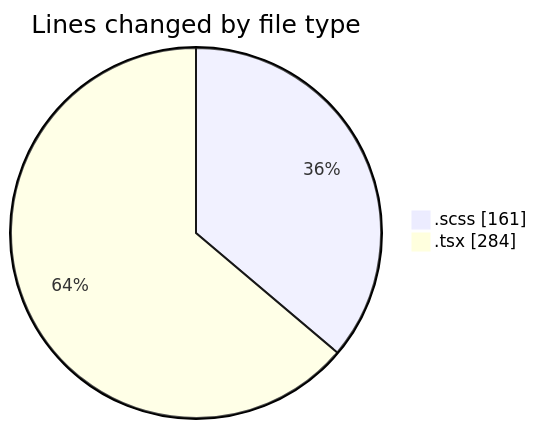
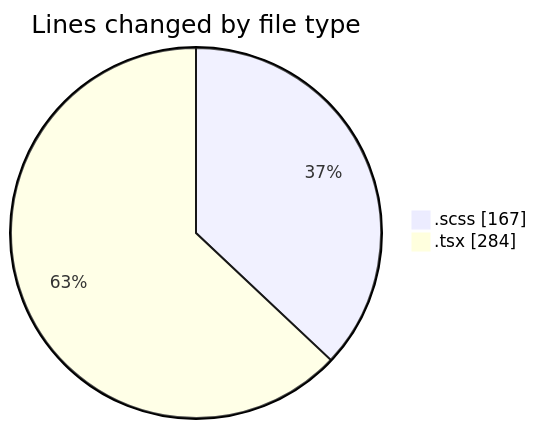
Before and after one commit to momahboobian/code-tracking: the first of 2 diagrams in 2025-07-10/cda/README.md, drawn with Mermaid. The commit also changed other lines of this file and 1 other file, not shown here.

````diff
--- a/2025-07-10/cda/README.md
+++ b/2025-07-10/cda/README.md
@@ -26,6 +26,6 @@
 ```mermaid
 pie showData
 title Lines changed by file type
-".scss" : 161
+".scss" : 167
 ".tsx" : 284
 ```
````
